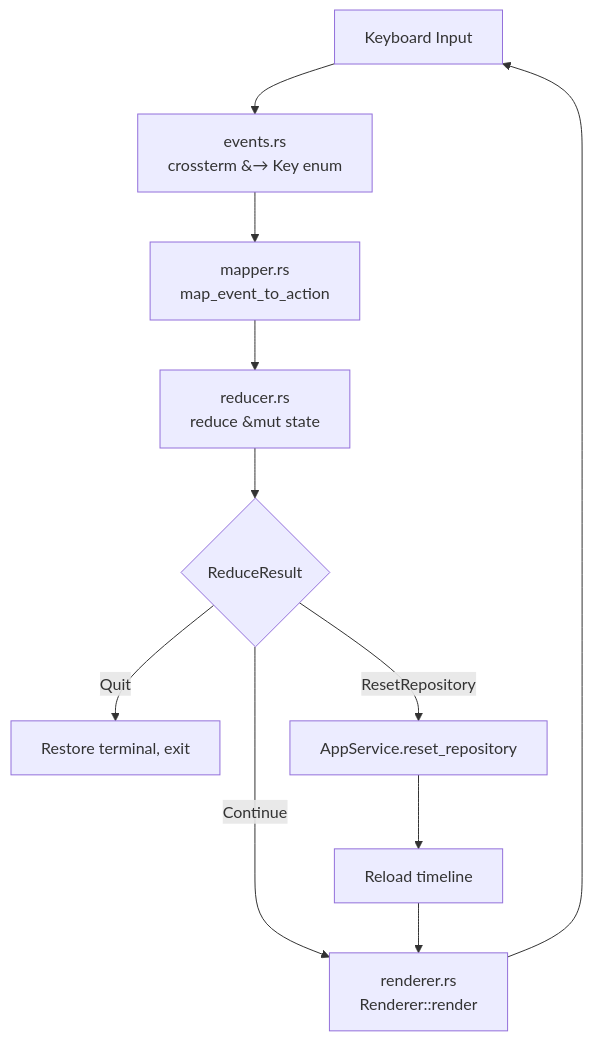
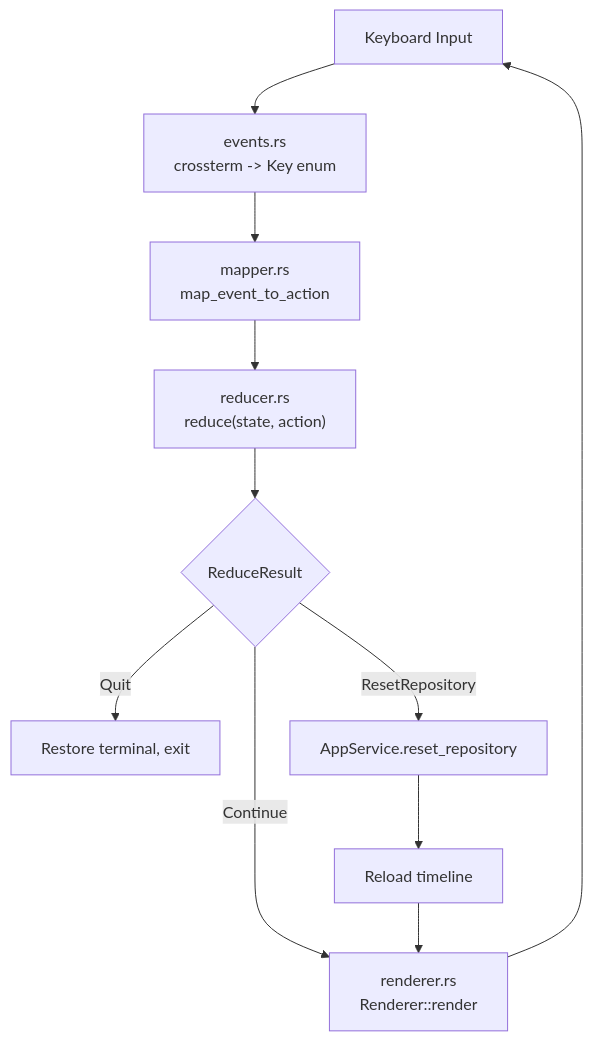
Before and after one commit to Gagandeeprai/git-rewind: the third of 4 diagrams in README.md, drawn with Mermaid. The commit also changed other lines of this file, not shown here.

Commit message:
fix: escape special chars in Mermaid diagrams for GitHub compatibility

````diff
--- a/README.md
+++ b/README.md
@@ -188,13 +193,13 @@
 ```mermaid
 flowchart TD
-    A[Keyboard Input] --> B[events.rs<br/>crossterm &#8594; Key enum]
-    B --> C[mapper.rs<br/>map_event_to_action]
-    C --> D[reducer.rs<br/>reduce &mut state]
+    A[Keyboard Input] --> B["events.rs<br/>crossterm -> Key enum"]
+    B --> C["mapper.rs<br/>map_event_to_action"]
+    C --> D["reducer.rs<br/>reduce(state, action)"]
     D --> E{ReduceResult}
-    E -->|Continue| F[renderer.rs<br/>Renderer::render]
-    E -->|Quit| G[Restore terminal, exit]
+    E -->|Continue| F["renderer.rs<br/>Renderer::render"]
+    E -->|Quit| G["Restore terminal, exit"]
     E -->|ResetRepository| H[AppService.reset_repository]
     H --> I[Reload timeline]
     I --> F
     F --> A
 ```
````
